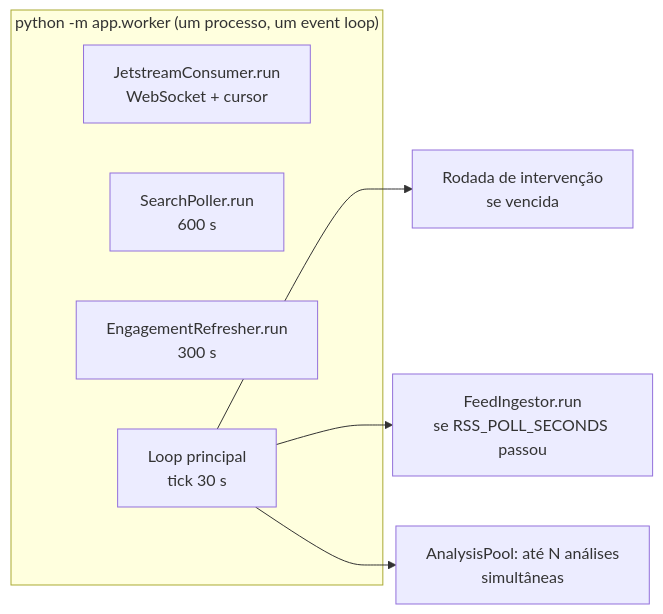
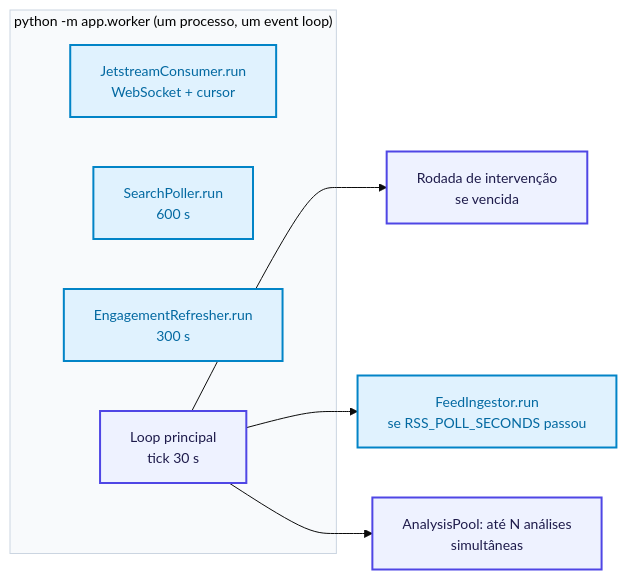
Before and after one commit to moonshinerd/ContrarIA: the third of 4 diagrams in docs/arquitetura/index.md, drawn with Mermaid. The commit also changed other lines of this file and 2 other files, not shown here.

Commit message:
docs(arquitetura): aprimora contraste de cores e escala dos diagramas

````diff
--- a/docs/arquitetura/index.md
+++ b/docs/arquitetura/index.md
@@ -132,12 +137,16 @@
 ```mermaid
+%%{init: {'theme': 'base', 'themeVariables': { 'fontSize': '14px', 'fontFamily': 'inherit', 'primaryColor': '#EEF2FF', 'edgeLabelBackground': '#FFFFFF', 'clusterBkg': '#F8FAFC', 'clusterBorder': '#CBD5E1' }}}%%
 flowchart LR
+    classDef core fill:#EEF2FF,stroke:#4F46E5,stroke-width:2px,color:#1E1B4B
+    classDef ingest fill:#E0F2FE,stroke:#0284C7,stroke-width:2px,color:#0369A1
+
     subgraph Worker["python -m app.worker (um processo, um event loop)"]
-        T1[JetstreamConsumer.run<br/>WebSocket + cursor]
-        T2[SearchPoller.run<br/>600 s]
-        T3[EngagementRefresher.run<br/>300 s]
-        L[Loop principal<br/>tick 30 s]
+        T1[JetstreamConsumer.run<br/>WebSocket + cursor]:::ingest
+        T2[SearchPoller.run<br/>600 s]:::ingest
+        T3[EngagementRefresher.run<br/>300 s]:::ingest
+        L[Loop principal<br/>tick 30 s]:::core
     end
-    L --> R1[Rodada de intervenção<br/>se vencida]
-    L --> R2[FeedIngestor.run<br/>se RSS_POLL_SECONDS passou]
-    L --> R3[AnalysisPool: até N análises<br/>simultâneas]
+    L --> R1[Rodada de intervenção<br/>se vencida]:::core
+    L --> R2[FeedIngestor.run<br/>se RSS_POLL_SECONDS passou]:::ingest
+    L --> R3[AnalysisPool: até N análises<br/>simultâneas]:::core
 ```
````
